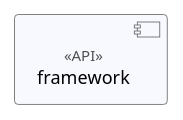
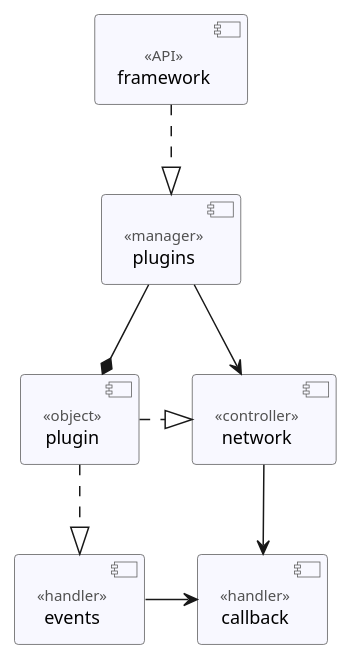
Before and after one commit to erik-riklund/wow: the diagram in Cogspinner/structure.puml, drawn with PlantUML. The commit also changed 7 other files, not shown here.

```diff
--- a/Cogspinner/structure.puml
+++ b/Cogspinner/structure.puml
@@ -1,24 +1,49 @@
 @startuml Cogspinner
 
 skinparam ClassFontSize 12pt
 skinparam ClassFontName Consolas
 skinparam ComponentBackgroundColor GhostWhite
 skinparam ComponentBorderColor #565656
 skinparam ComponentFontStyle normal
 skinparam ComponentFontSize 12pt
 skinparam ComponentFontName Consolas
 skinparam ComponentStereotypeFontName Consolas
 skinparam ComponentStereotypeFontSize 10pt
 skinparam ComponentStereotypeFontColor #515151
 skinparam InterfaceBackgroundColor Orange
 skinparam NoteFontName Franklin Gothic Medium
 skinparam NoteFontSize 12pt
 skinparam NoteFontColor black
 skinparam NoteBackgroundColor #FEFFDD
 skinparam NoteBorderColor #96968D
 skinparam ArrowFontName Consolas
 skinparam ArrowFontSize 10pt
 
 component "framework" as Framework <<API>>
+component "plugins" as Plugins <<manager>>
+
+Framework ..|> Plugins
+
+component "plugin" as Plugin <<object>>
+
+Plugins --* Plugin
+
+component "network" as Network <<controller>>
+component "events" as Event <<handler>>
+
+Plugins -> Network
+
+Plugin .|> Network
+Plugin ..|> Event
+
+component "callback" as Dispatch <<handler>>
+
+Network -> Dispatch
+Event -> Dispatch
+
+'component "locales" as Locale <<manager>>
+
+'Framework .left.|> Locale
+'Plugin -> Locale
 
 @enduml
```
